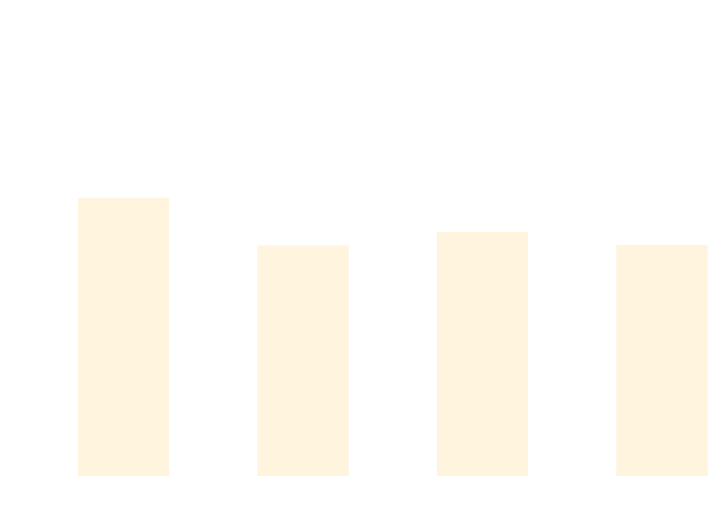
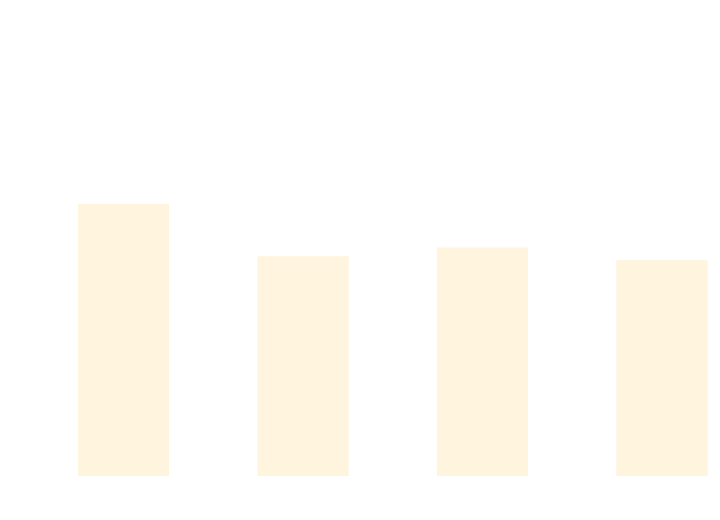
Before and after one commit to thomhurst/TUnit: the diagram in docs/docs/benchmarks/BuildTime.md, drawn with Mermaid. The commit also changed other lines of this file and 17 other files, not shown here.

````diff
--- a/docs/docs/benchmarks/BuildTime.md
+++ b/docs/docs/benchmarks/BuildTime.md
@@ -28,37 +28,37 @@
 ```mermaid
 %%{init: {
   'theme':'base',
   'themeVariables': {
     'primaryColor': '#2563eb',
     'primaryTextColor': '#ffffff',
     'primaryBorderColor': '#1e40af',
     'lineColor': '#6b7280',
     'secondaryColor': '#7c3aed',
     'tertiaryColor': '#dc2626',
     'background': '#ffffff',
     'mainBkg': '#2563eb',
     'secondBkg': '#7c3aed',
     'tertiaryBkg': '#dc2626',
     'clusterBkg': '#f3f4f6',
     'edgeLabelBackground': '#ffffff',
     'tertiaryTextColor': '#1f2937',
     'pie1': '#2563eb',
     'pie2': '#7c3aed',
     'pie3': '#dc2626',
     'pie4': '#f59e0b',
     'pie5': '#10b981',
     'pie6': '#06b6d4',
     'pie7': '#ec4899',
     'pie8': '#6366f1',
     'pie9': '#84cc16',
     'pie10': '#f97316',
     'pie11': '#14b8a6',
     'pie12': '#a855f7'
   }
 }}%%
 xychart-beta
   title "Build Time Comparison"
   x-axis ["Build_TUnit", "Build_NUnit", "Build_MSTest", "Build_xUnit3"]
   y-axis "Time (s)" 0 --> 3
-  bar [1.998, 1.644, 1.744, 1.649]
+  bar [1.953, 1.565, 1.629, 1.536]
 ```
````
